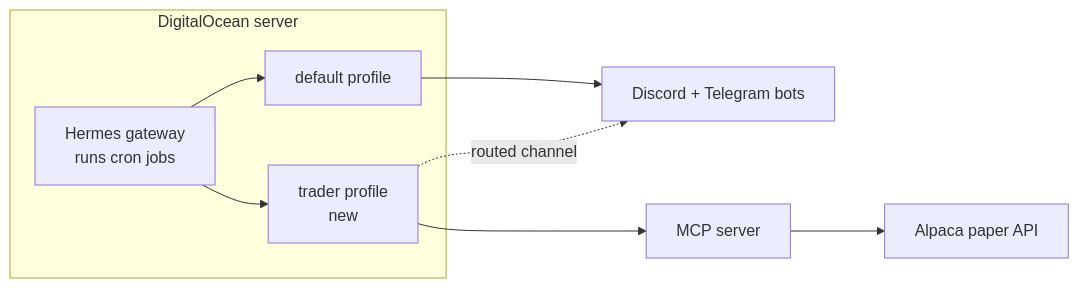
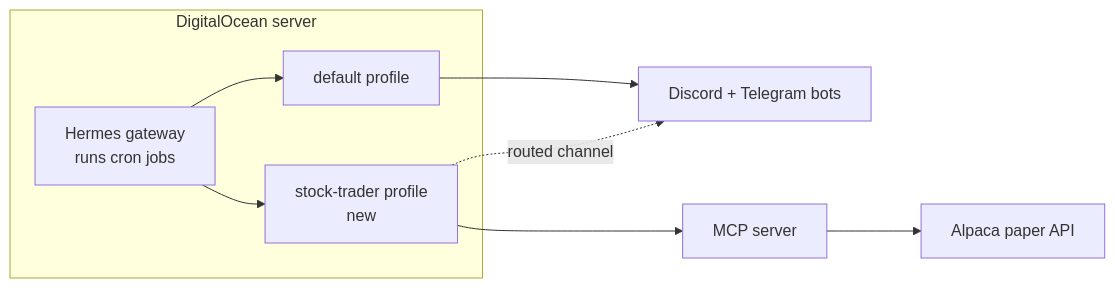
The first of 9 diagrams in specs/hermes-trader-profile/master-plan.md (robsgreen/hermes-stock-trader), drawn with Mermaid before and after one commit. The commit also changed other lines of this file and 2 other files, not shown here.

Commit message:
sdlc: hermes-trader-profile: Phase -> Task Generation

````diff
--- a/specs/hermes-trader-profile/master-plan.md
+++ b/specs/hermes-trader-profile/master-plan.md
@@ -16,10 +16,10 @@
 ```mermaid
 flowchart LR
   subgraph DO[DigitalOcean server]
     GW[Hermes gateway<br/>runs cron jobs] --> DEF[default profile]
-    GW --> TR[trader profile<br/>new]
+    GW --> TR[stock-trader profile<br/>new]
   end
   DEF --> BOTS[Discord + Telegram bots]
   TR -. routed channel .-> BOTS
   TR --> MCP[MCP server] --> ALP[Alpaca paper API]
 ```
````
